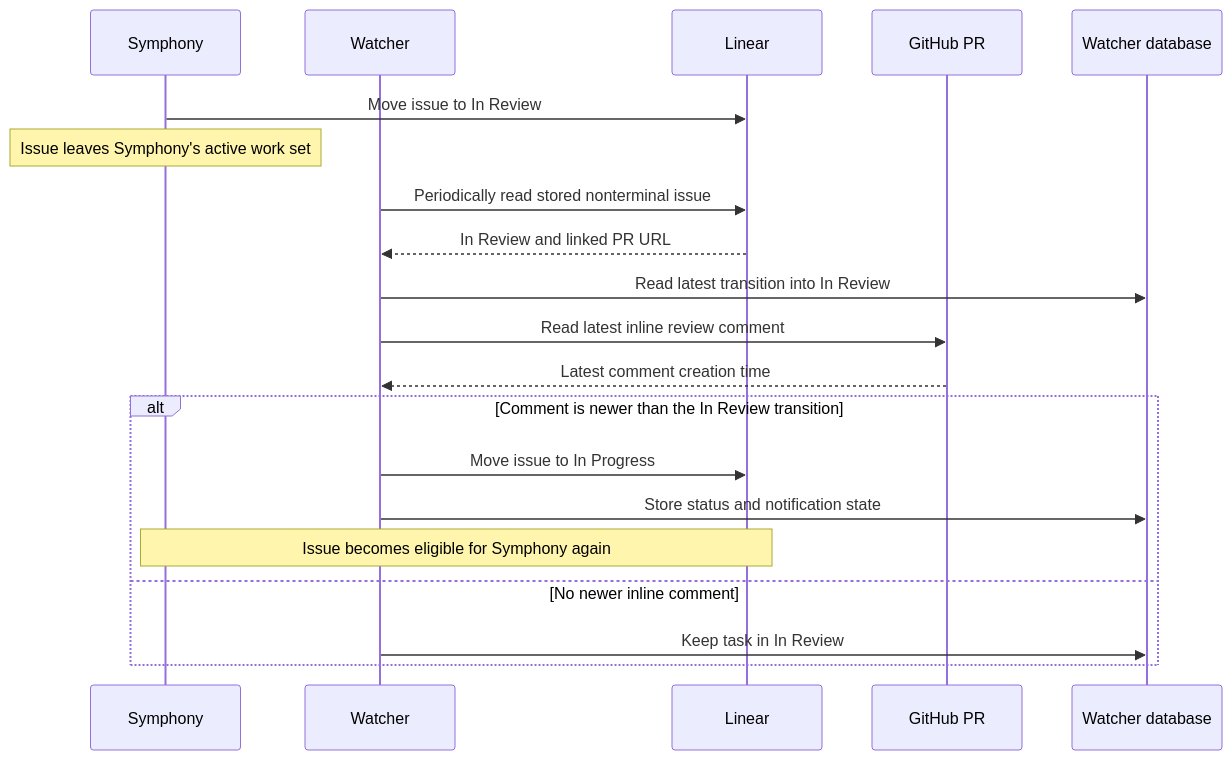
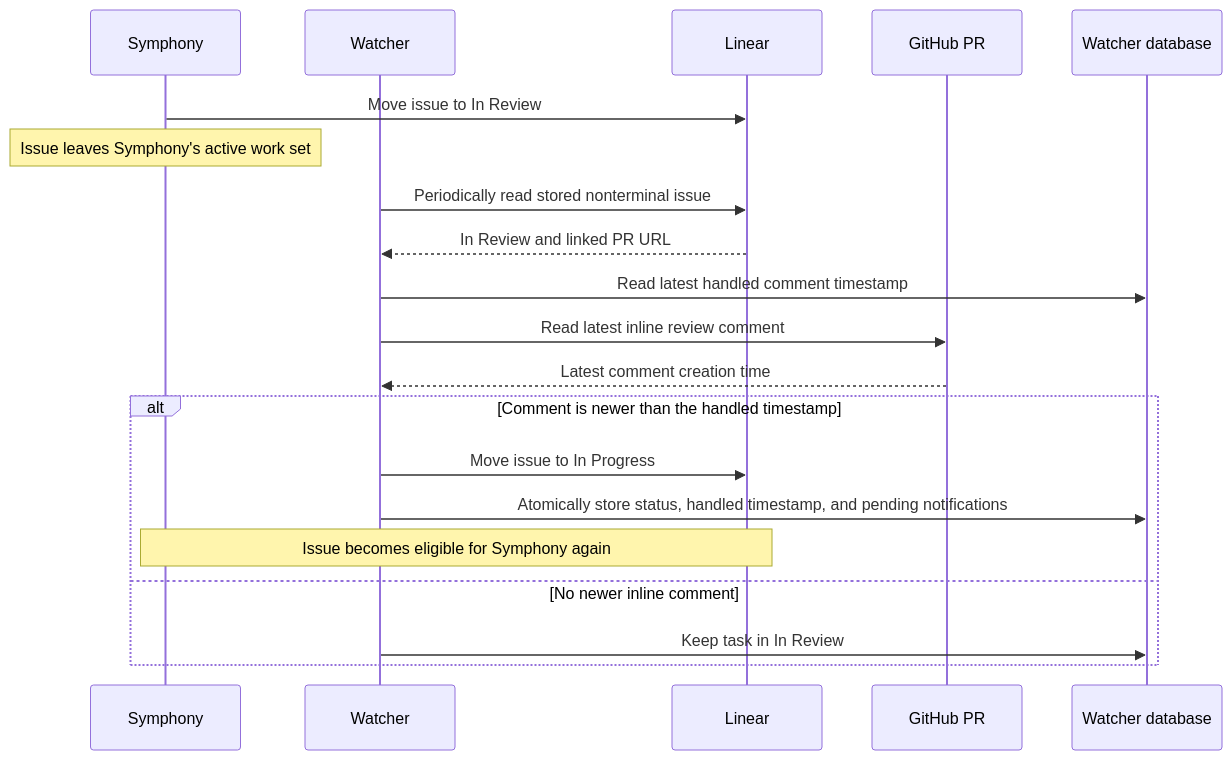
One commit to hiroppy/orchestrators changed the second of 2 diagrams in docs/architecture.md. Above: the diagram before and after it, drawn with Mermaid. The commit also changed other lines of this file and 8 other files, not shown here.

Commit message:
fix: persist handled review comment timestamps

````diff
--- a/docs/architecture.md
+++ b/docs/architecture.md
@@ -98,23 +98,23 @@
 ```mermaid
 sequenceDiagram
   participant S as Symphony
   participant W as Watcher
   participant L as Linear
   participant G as GitHub PR
   participant DB as Watcher database
 
   S->>L: Move issue to In Review
   Note over S: Issue leaves Symphony's active work set
   W->>L: Periodically read stored nonterminal issue
   L-->>W: In Review and linked PR URL
-  W->>DB: Read latest transition into In Review
+  W->>DB: Read latest handled comment timestamp
   W->>G: Read latest inline review comment
   G-->>W: Latest comment creation time
-  alt Comment is newer than the In Review transition
+  alt Comment is newer than the handled timestamp
     W->>L: Move issue to In Progress
-    W->>DB: Store status and notification state
+    W->>DB: Atomically store status, handled timestamp, and pending notifications
     Note over S,L: Issue becomes eligible for Symphony again
   else No newer inline comment
     W->>DB: Keep task in In Review
   end
 ```
````
